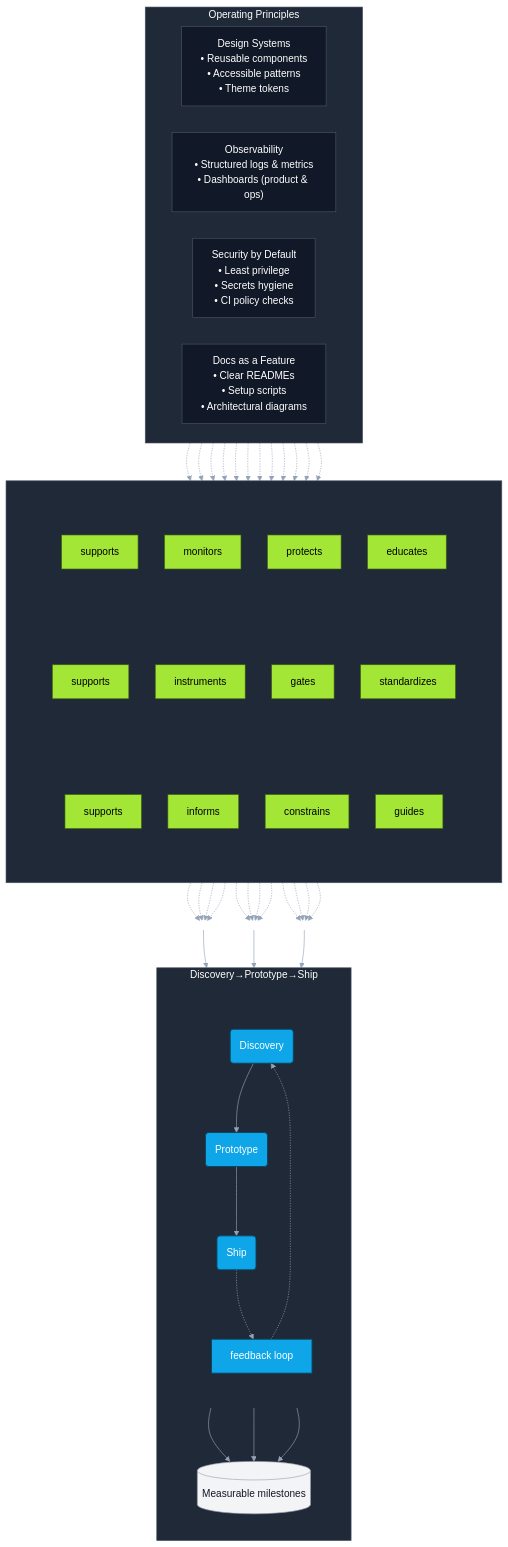
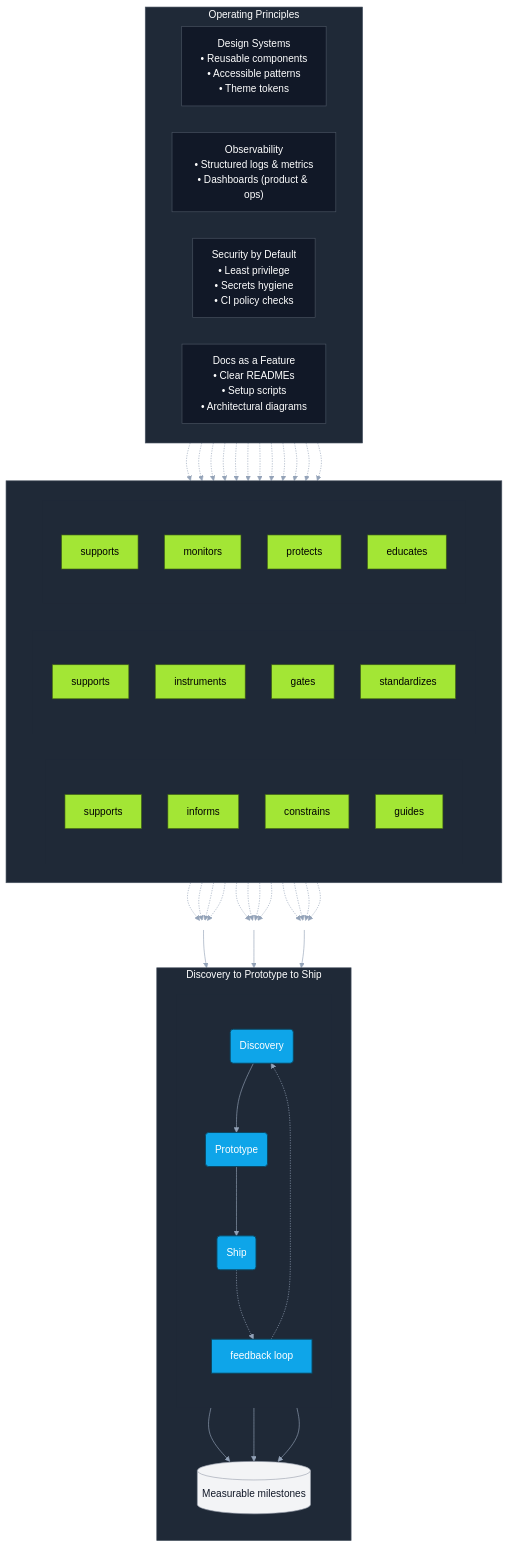
One commit to DigitalHerencia/DigitalHerencia changed the diagram in README.md. Above: the diagram before and after it, drawn with Mermaid. The commit also changed other lines of this file, not shown here.

`````diff
--- a/README.md
+++ b/README.md
@@ -220,7 +220,6 @@
 }}%%
 flowchart TB
 
-%% ── Operating Principles (top)
 subgraph PILLARS[Operating Principles]
 direction LR
   DS["Design Systems<br/>• Reusable components<br/>• Accessible patterns<br/>• Theme tokens"]:::pillar
@@ -229,7 +228,6 @@
   DOC["Docs as a Feature<br/>• Clear READMEs<br/>• Setup scripts<br/>• Architectural diagrams"]:::pillar
 end
 
-%% ── Influence lane (same color as PILLARS) with green tags inside
 subgraph IMPACT[ ]
 direction LR
   subgraph COL_D[ ]
@@ -255,13 +253,11 @@
   end
 end
 
-%% ── Anchors (fan-out to reduce crossings)
 AD((" ")):::anchor
 AP((" ")):::anchor
 AS((" ")):::anchor
 
-%% ── Delivery cycle (left→right order; milestones under the section)
-subgraph CYCLE[Discovery→Prototype→Ship]
+subgraph CYCLE[Discovery to Prototype to Ship]
 direction TB
   subgraph FLOW[ ]
   direction TB
@@ -275,13 +271,11 @@
   S --> M
 end
 
-%% ── Pillars → tags (dashed)
 DS -.-> L_sup_d; DS -.-> L_sup_p; DS -.-> L_sup_s
 OB -.-> L_inf_d; OB -.-> L_ins_p; OB -.-> L_mon_s
 SEC -.-> L_con_d; SEC -.-> L_gat_p; SEC -.-> L_pro_s
 DOC -.-> L_gui_d; DOC -.-> L_std_p; DOC -.-> L_edu_s
 
-%% ── Tags → anchors → stages
 L_sup_d -.-> AD; L_inf_d -.-> AD; L_con_d -.-> AD; L_gui_d -.-> AD
 L_sup_p -.-> AP; L_ins_p -.-> AP; L_gat_p -.-> AP; L_std_p -.-> AP
 L_sup_s -.-> AS; L_mon_s -.-> AS; L_pro_s -.-> AS; L_edu_s -.-> AS
@@ -289,7 +283,6 @@
 AP --> P
 AS --> S
 
-%% ── Styles
 classDef stage  fill:#0ea5e9,stroke:#0b4660,color:#ffffff,stroke-width:1.5px;
 classDef pillar fill:#111827,stroke:#4b5563,color:#ffffff,stroke-width:1px;
 classDef note   fill:#f3f4f6,stroke:#9ca3af,color:#111827,stroke-width:1px;
@@ -303,4 +296,4 @@
 style COL_S   fill:#1f2937,stroke:#1f2937,color:#ffffff,stroke-width:0;
 style FLOW    fill:#1f2937,stroke:#4b5563,color:#ffffff,stroke-width:0;
 style CYCLE   fill:#1f2937,stroke:#4b5563,color:#ffffff,stroke-width:1px;
-```
+````
`````
